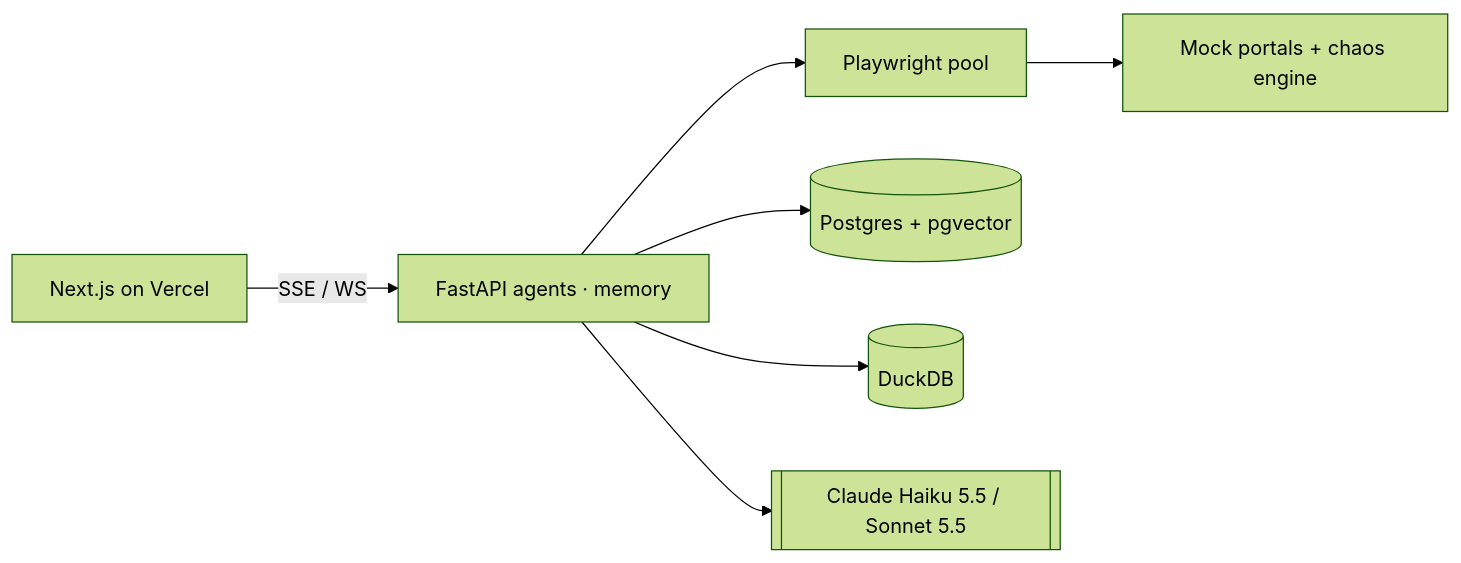
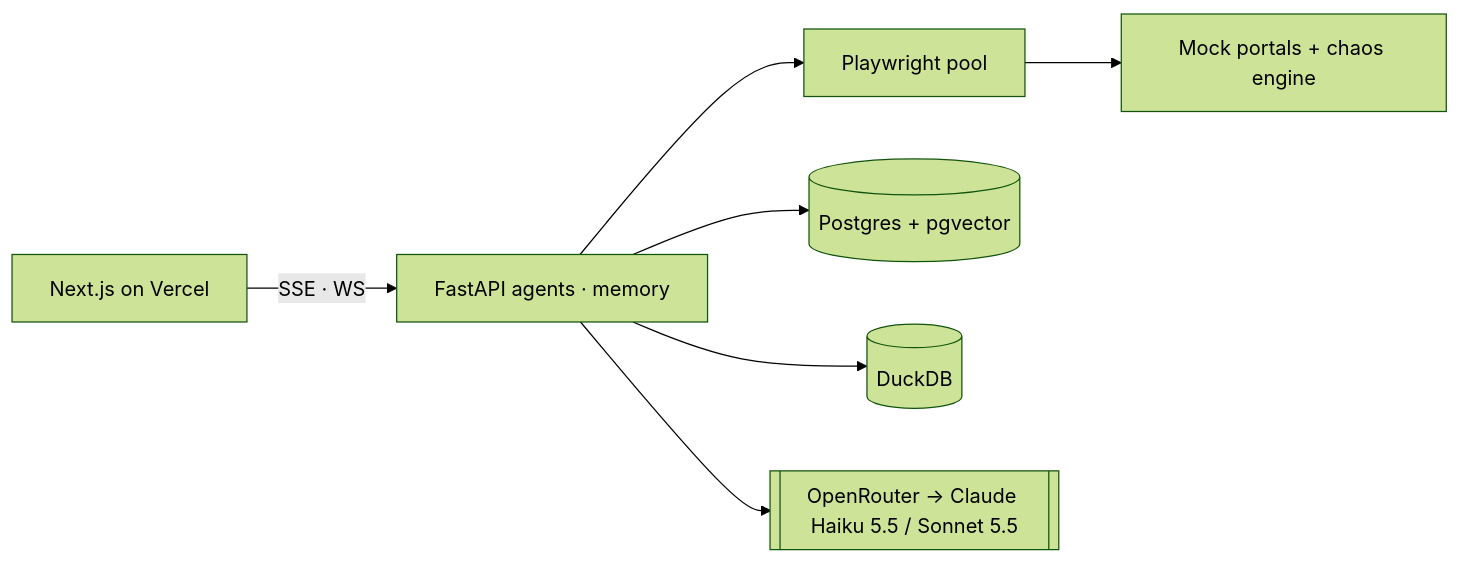
Before and after one commit to Vijay190899/backroom: the diagram in README.md, drawn with Mermaid (forest theme). The commit also changed other lines of this file and 9 other files, not shown here.

Commit message:
docs: OpenRouter provider layer, verification rule, README badges, CI; fix demo story consistency and task runner

````diff
--- a/README.md
+++ b/README.md
@@ -30,8 +46,9 @@
 ```mermaid
 flowchart LR
-  WEB[Next.js on Vercel] -->|SSE / WS| API[FastAPI agents · memory]
-  API --> BR[Playwright pool] --> PORT[Mock portals + chaos engine]
-  API --> PG[(Postgres + pgvector)]
-  API --> DUCK[(DuckDB)]
-  API --> LLM[[Claude Haiku 5.5 / Sonnet 5.5]]
+  WEB["Next.js on Vercel"] -->|"SSE · WS"| API["FastAPI agents · memory"]
+  API --> BR["Playwright pool"]
+  BR --> PORT["Mock portals + chaos engine"]
+  API --> PG[("Postgres + pgvector")]
+  API --> DUCK[("DuckDB")]
+  API --> LLM[["OpenRouter → Claude Haiku 5.5 / Sonnet 5.5"]]
 ```
````
